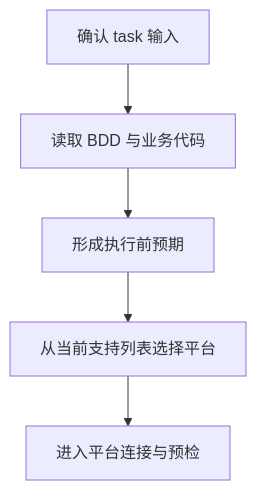
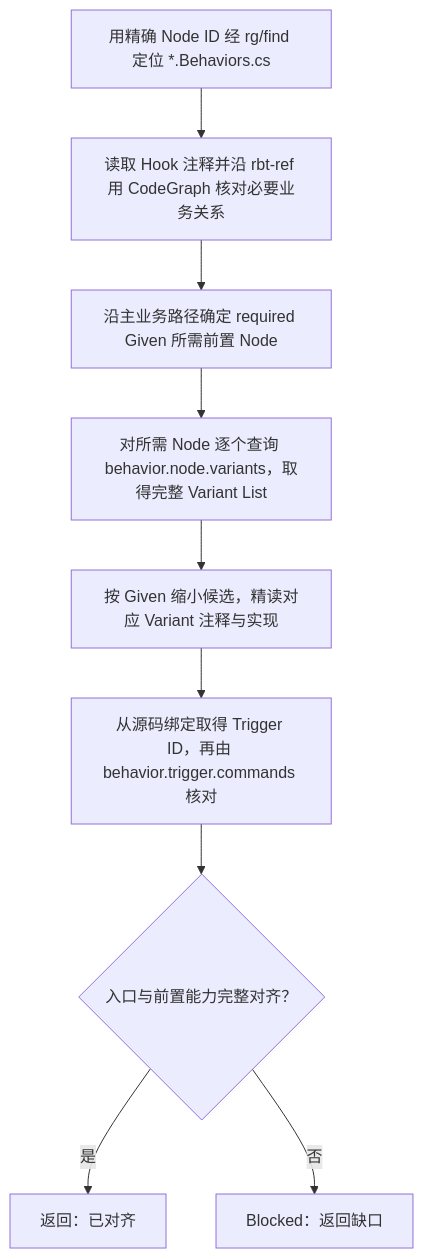
The fourth of 7 diagrams in assets/codex/skills/domain-rbt-executor/SKILL.md (daihothot/scout), drawn with Mermaid before and after one commit. The commit also changed other lines of this file and 22 other files, not shown here.

````diff
--- a/assets/codex/skills/domain-rbt-executor/SKILL.md
+++ b/assets/codex/skills/domain-rbt-executor/SKILL.md
@@ -112,7 +227,11 @@
 ```mermaid
 flowchart TD
-  A["确认 task 输入"] --> B["读取 BDD 与业务代码"]
-  B --> C["形成执行前预期"]
-  C --> D["从当前支持列表选择平台"]
-  D --> E["进入平台连接与预检"]
+  A["用精确 Node ID 经 rg/find 定位 *.Behaviors.cs"] --> B["读取 Hook 注释并沿 rbt-ref 用 CodeGraph 核对必要业务关系"]
+  B --> C["沿主业务路径确定 required Given 所需前置 Node"]
+  C --> D["对所需 Node 逐个查询 behavior.node.variants，取得完整 Variant List"]
+  D --> E["按 Given 缩小候选，精读对应 Variant 注释与实现"]
+  E --> F["从源码绑定取得 Trigger ID，再由 behavior.trigger.commands 核对"]
+  F --> G{"入口与前置能力完整对齐？"}
+  G -- 是 --> R["返回：已对齐"]
+  G -- 否 --> X["Blocked：返回缺口"]
 ```
````
